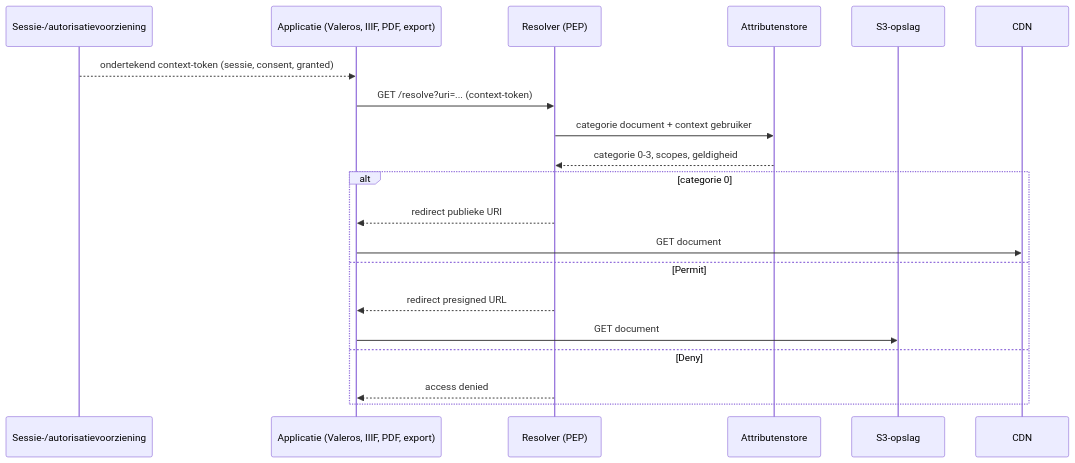
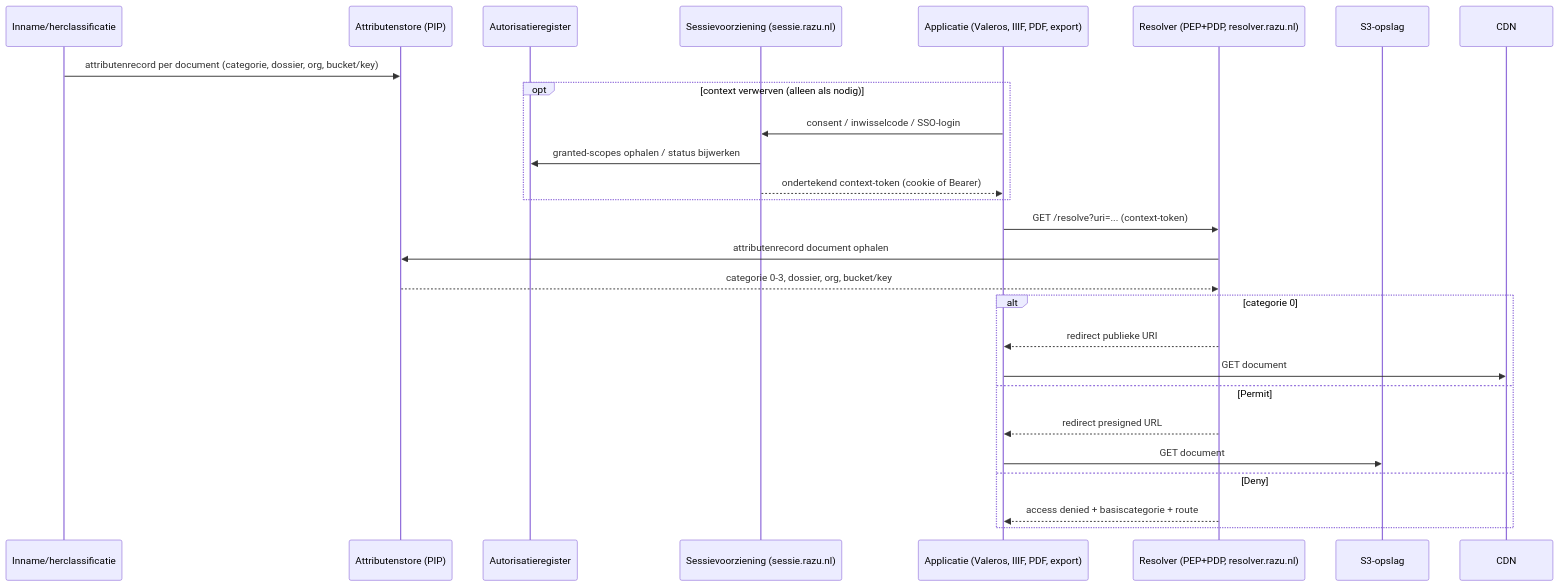
One commit to Regionaal-Archief-Zuid-Utrecht/vestibulum changed the diagram in architectuur-toegangsbeperkingen.md. Above: the diagram before and after it, drawn with Mermaid. The commit also changed other lines of this file and 2 other files, not shown here.

````diff
--- a/architectuur-toegangsbeperkingen.md
+++ b/architectuur-toegangsbeperkingen.md
@@ -70,22 +70,29 @@
 ```mermaid
 sequenceDiagram
-  participant Auth as Sessie-/autorisatievoorziening
+  participant Ind as Inname/herclassificatie
+  participant Attr as Attributenstore (PIP)
+  participant Reg as Autorisatieregister
+  participant Auth as Sessievoorziening (sessie.razu.nl)
   participant App as Applicatie (Valeros, IIIF, PDF, export)
-  participant Res as Resolver (PEP)
-  participant Attr as Attributenstore
+  participant Res as Resolver (PEP+PDP, resolver.razu.nl)
   participant S3 as S3-opslag
   participant CDN as CDN
-  Auth-->>App: ondertekend context-token (sessie, consent, granted)
+  Ind->>Attr: attributenrecord per document (categorie, dossier, org, bucket/key)
+  opt context verwerven (alleen als nodig)
+    App->>Auth: consent / inwisselcode / SSO-login
+    Auth->>Reg: granted-scopes ophalen / status bijwerken
+    Auth-->>App: ondertekend context-token (cookie of Bearer)
+  end
   App->>Res: GET /resolve?uri=... (context-token)
-  Res->>Attr: categorie document + context gebruiker
-  Attr-->>Res: categorie 0-3, scopes, geldigheid
+  Res->>Attr: attributenrecord document ophalen
+  Attr-->>Res: categorie 0-3, dossier, org, bucket/key
   alt categorie 0
     Res-->>App: redirect publieke URI
     App->>CDN: GET document
   else Permit
     Res-->>App: redirect presigned URL
     App->>S3: GET document
   else Deny
-    Res-->>App: access denied
+    Res-->>App: access denied + basiscategorie + route
   end
 ```
````
